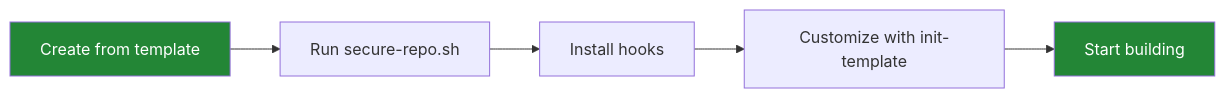
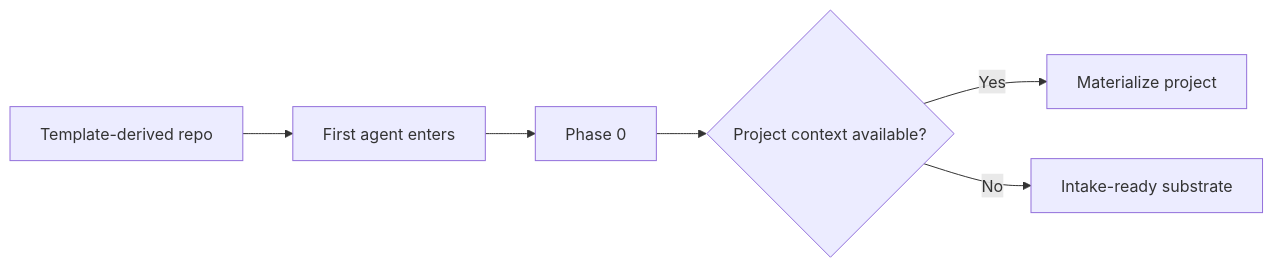
The diagram in docs/GETTING-STARTED.md (vbonk/repo-template), drawn with Mermaid before and after one commit. The commit also changed other lines of this file and 14 other files, not shown here.

First line of the commit message:
feat: make Phase 0 the default first-agent workflow (#165)

````diff
--- a/docs/GETTING-STARTED.md
+++ b/docs/GETTING-STARTED.md
@@ -75,10 +42,8 @@
 ```mermaid
 flowchart LR
-    A[Create from template] --> B[Run secure-repo.sh]
-    B --> C[Install hooks]
-    C --> D[Customize with init-template]
-    D --> E[Start building]
-
-    style A fill:#238636,color:#fff
-    style E fill:#238636,color:#fff
+    A[Template-derived repo] --> B[First agent enters]
+    B --> C[Phase 0]
+    C --> D{Project context available?}
+    D -->|Yes| E[Materialize project]
+    D -->|No| F[Intake-ready substrate]
 ```
````
